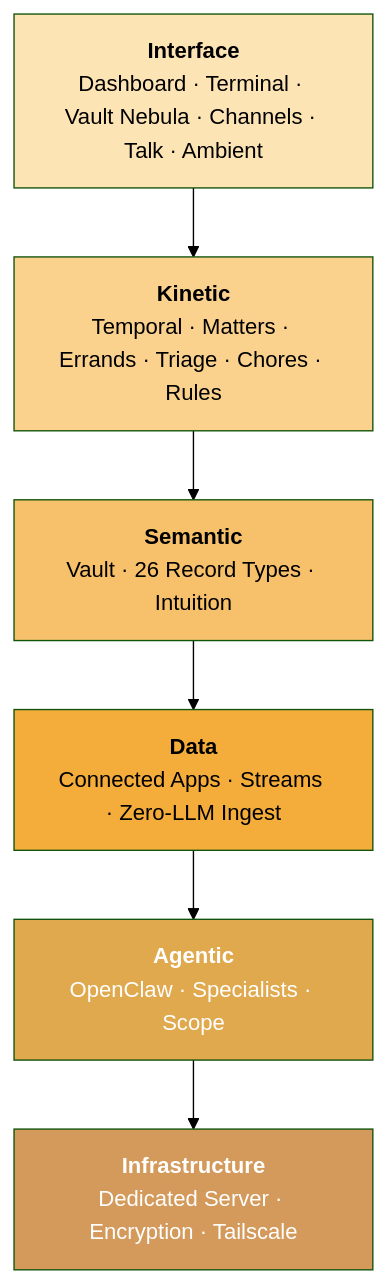
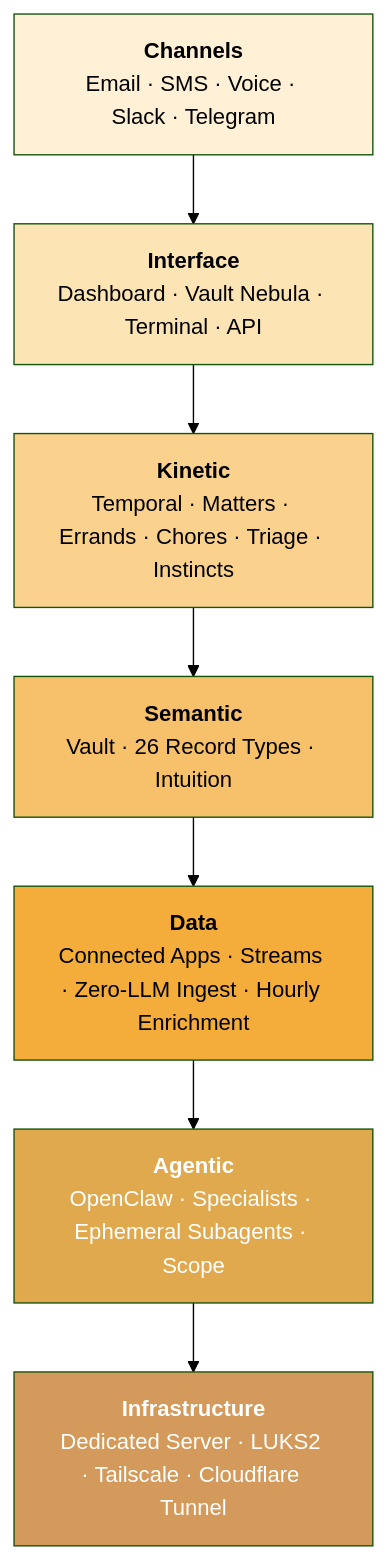
Before and after one commit to ssdavidai/alfred-documentation: the diagram in how-it-works.mdx, drawn with Mermaid (forest theme). The commit also changed other lines of this file and 7 other files, not shown here.

````diff
--- a/how-it-works.mdx
+++ b/how-it-works.mdx
@@ -9,22 +9,25 @@
 ```mermaid
 graph TB
-    L6["<b>Interface</b><br/>Dashboard · Terminal · Vault Nebula · Channels · Talk · Ambient"]
-    L5["<b>Kinetic</b><br/>Temporal · Matters · Errands · Triage · Chores · Rules"]
+    L7["<b>Channels</b><br/>Email · SMS · Voice · Slack · Telegram"]
+    L6["<b>Interface</b><br/>Dashboard · Vault Nebula · Terminal · API"]
+    L5["<b>Kinetic</b><br/>Temporal · Matters · Errands · Chores · Triage · Instincts"]
     L4["<b>Semantic</b><br/>Vault · 26 Record Types · Intuition"]
-    L3["<b>Data</b><br/>Connected Apps · Streams · Zero-LLM Ingest"]
-    L2["<b>Agentic</b><br/>OpenClaw · Specialists · Scope"]
-    L1["<b>Infrastructure</b><br/>Dedicated Server · Encryption · Tailscale"]
+    L3["<b>Data</b><br/>Connected Apps · Streams · Zero-LLM Ingest · Hourly Enrichment"]
+    L2["<b>Agentic</b><br/>OpenClaw · Specialists · Ephemeral Subagents · Scope"]
+    L1["<b>Infrastructure</b><br/>Dedicated Server · LUKS2 · Tailscale · Cloudflare Tunnel"]
 
+    L7 --> L6
     L6 --> L5
     L5 --> L4
     L4 --> L3
     L3 --> L2
     L2 --> L1
 
     style L1 fill:#d49a5b,color:#fff
     style L2 fill:#e0a94e,color:#fff
     style L3 fill:#f4ac3b,color:#000
     style L4 fill:#f7c06a,color:#000
     style L5 fill:#fad28e,color:#000
     style L6 fill:#fde4b5,color:#000
+    style L7 fill:#fff0d6,color:#000
 ```
````
